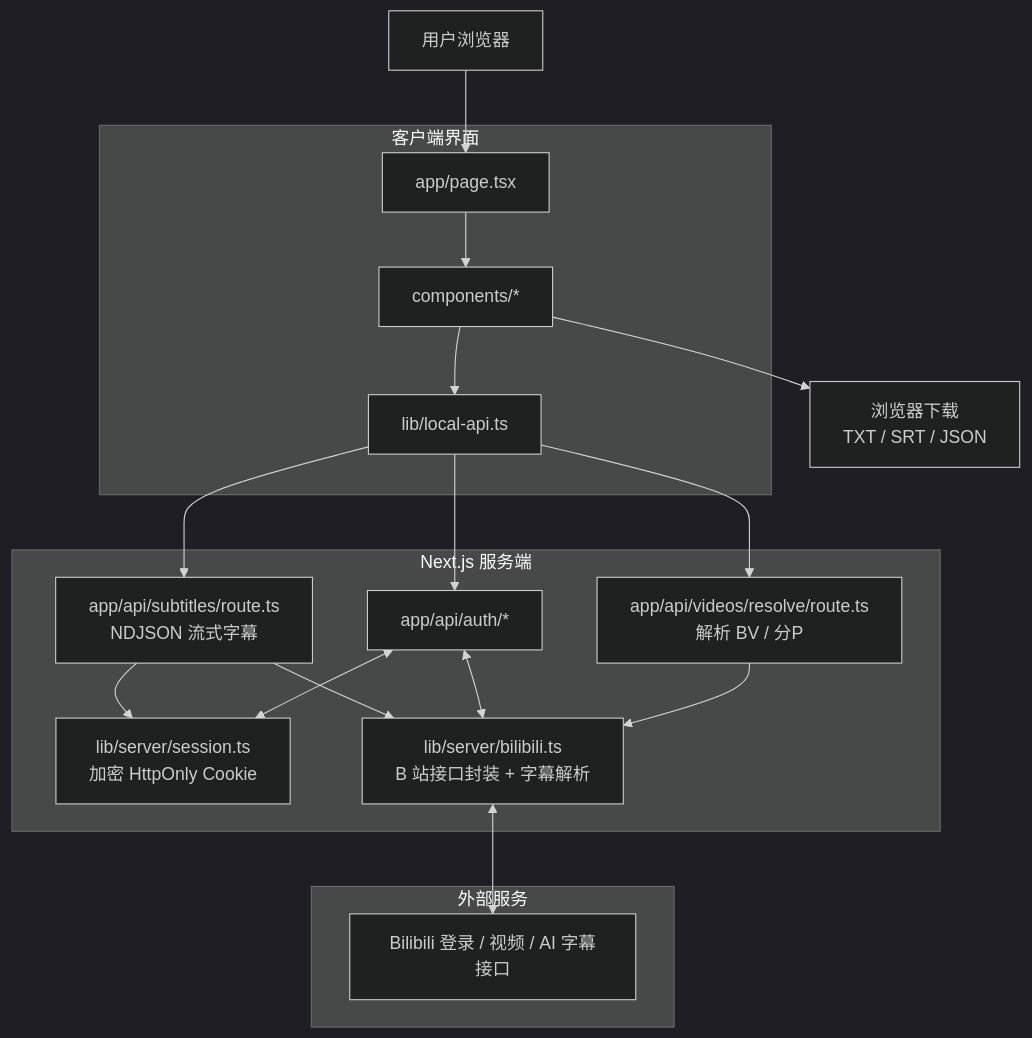
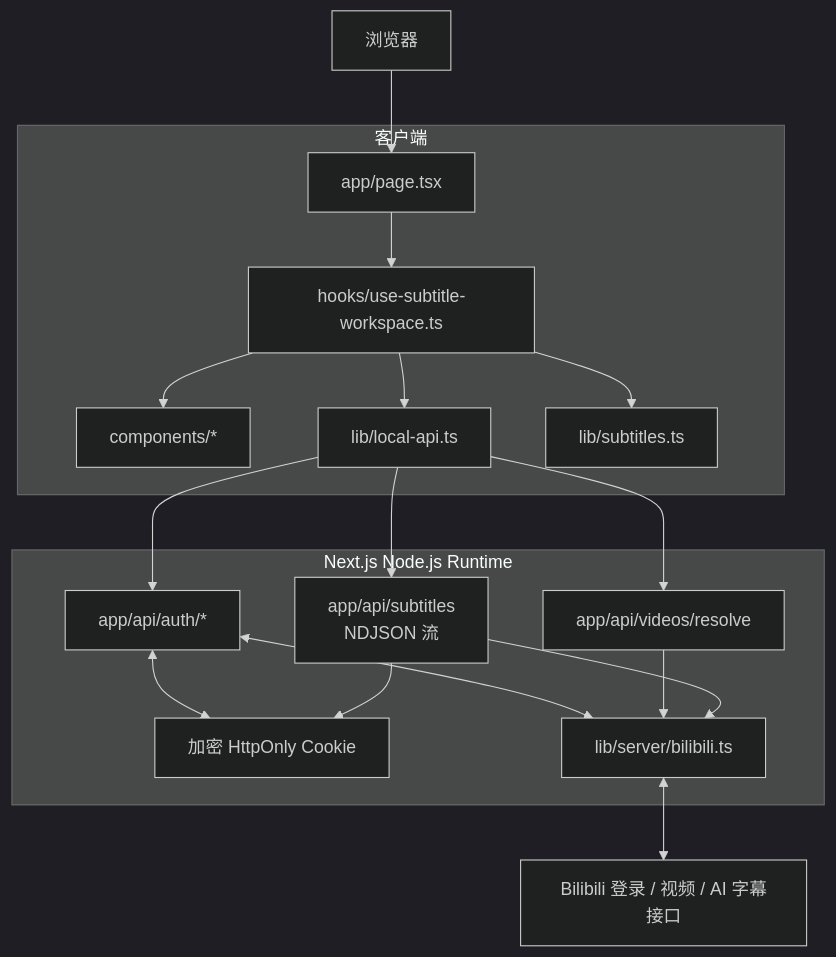
Before and after one commit to Albert-PZY/BiliSub: the second of 2 diagrams in README.md, drawn with Mermaid (dark theme). The commit also changed other lines of this file and 1 other file, not shown here.

````diff
--- a/README.md
+++ b/README.md
@@ -34,36 +45,37 @@
 ```mermaid
 flowchart TB
-  Browser[用户浏览器]
+  Browser[浏览器]
 
-  subgraph Client[客户端界面]
+  subgraph Client[客户端]
     Page[app/page.tsx]
+    Workspace[hooks/use-subtitle-workspace.ts]
     Components[components/*]
     LocalApi[lib/local-api.ts]
+    Model[lib/subtitles.ts]
   end
 
-  subgraph Server[Next.js 服务端]
+  subgraph Server[Next.js Node.js Runtime]
     AuthApi[app/api/auth/*]
-    ResolveApi[app/api/videos/resolve/route.ts\n解析 BV / 分P]
-    SubtitleApi[app/api/subtitles/route.ts\nNDJSON 流式字幕]
-    Session[lib/server/session.ts\n加密 HttpOnly Cookie]
-    BiliClient[lib/server/bilibili.ts\nB 站接口封装 + 字幕解析]
+    ResolveApi[app/api/videos/resolve]
+    SubtitleApi[app/api/subtitles\nNDJSON 流]
+    Session[加密 HttpOnly Cookie]
+    BiliClient[lib/server/bilibili.ts]
   end
 
-  subgraph External[外部服务]
-    Bilibili[Bilibili 登录 / 视频 / AI 字幕接口]
-  end
+  Bilibili[Bilibili 登录 / 视频 / AI 字幕接口]
 
   Browser --> Page
-  Page --> Components
-  Components --> LocalApi
+  Page --> Workspace
+  Workspace --> Components
+  Workspace --> LocalApi
+  Workspace --> Model
   LocalApi --> AuthApi
   LocalApi --> ResolveApi
   LocalApi --> SubtitleApi
   AuthApi <--> Session
+  AuthApi <--> BiliClient
   ResolveApi --> BiliClient
   SubtitleApi --> Session
-  AuthApi <--> BiliClient
   SubtitleApi --> BiliClient
   BiliClient <--> Bilibili
-  Components --> Download[浏览器下载\nTXT / SRT / JSON]
 ```
````
